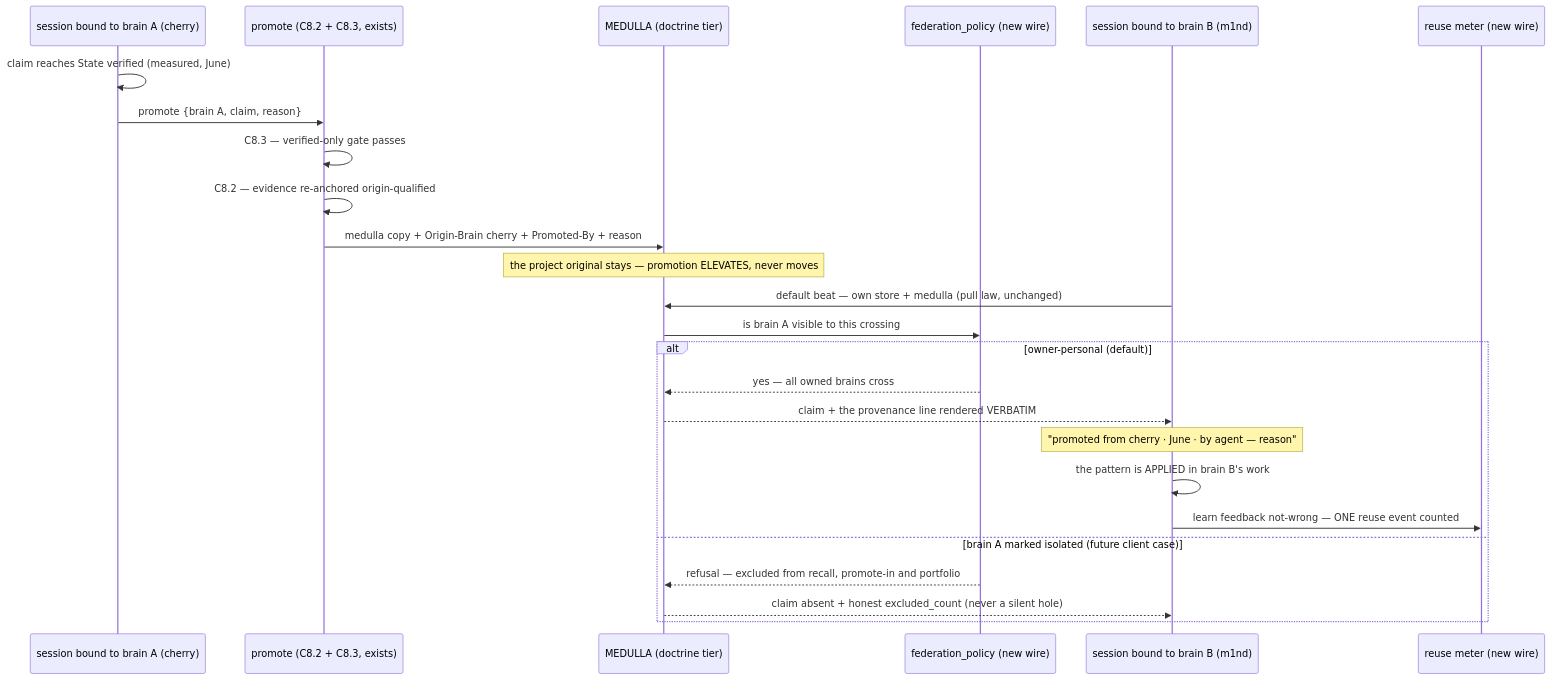
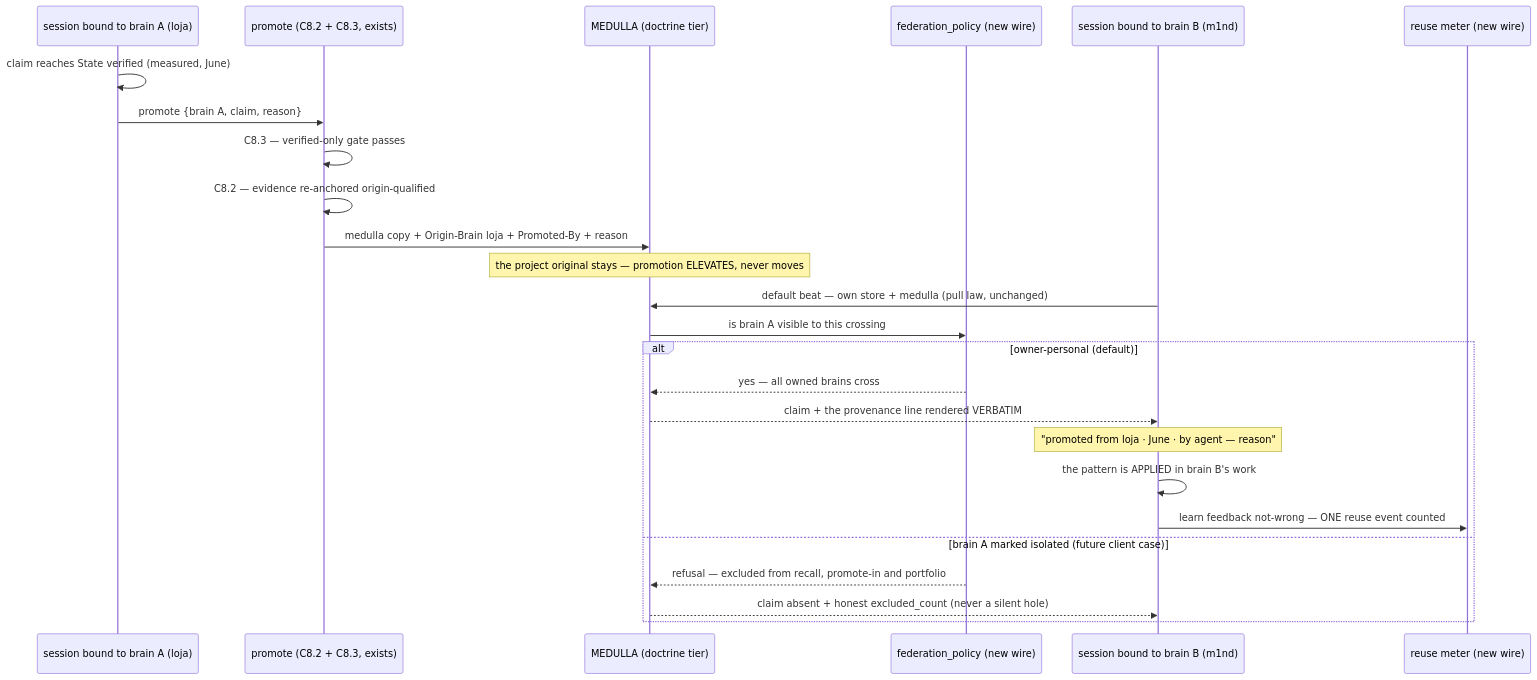
The fifth of 6 diagrams in docs/uml/organism-inside.md (maxkle1nz/m1nd), drawn with Mermaid before and after one commit. The commit also changed 1 other file, not shown here.

Commit message:
docs(organism-inside): anonymize the cross-brain examples for the public repo

````diff
--- a/docs/uml/organism-inside.md
+++ b/docs/uml/organism-inside.md
@@ -218,28 +218,28 @@
 ```mermaid
 sequenceDiagram
-    participant A as session bound to brain A (cherry)
+    participant A as session bound to brain A (loja)
     participant PR as promote (C8.2 + C8.3, exists)
     participant M as MEDULLA (doctrine tier)
     participant POL as federation_policy (new wire)
     participant B as session bound to brain B (m1nd)
     participant RM as reuse meter (new wire)
 
     A->>A: claim reaches State verified (measured, June)
     A->>PR: promote {brain A, claim, reason}
     PR->>PR: C8.3 — verified-only gate passes
     PR->>PR: C8.2 — evidence re-anchored origin-qualified
-    PR->>M: medulla copy + Origin-Brain cherry + Promoted-By + reason
+    PR->>M: medulla copy + Origin-Brain loja + Promoted-By + reason
     Note over M: the project original stays — promotion ELEVATES, never moves
     B->>M: default beat — own store + medulla (pull law, unchanged)
     M->>POL: is brain A visible to this crossing
     alt owner-personal (default)
         POL-->>M: yes — all owned brains cross
         M-->>B: claim + the provenance line rendered VERBATIM
-        Note over B: "promoted from cherry · June · by agent — reason"
+        Note over B: "promoted from loja · June · by agent — reason"
         B->>B: the pattern is APPLIED in brain B's work
         B->>RM: learn feedback not-wrong — ONE reuse event counted
     else brain A marked isolated (future client case)
         POL-->>M: refusal — excluded from recall, promote-in and portfolio
         M-->>B: claim absent + honest excluded_count (never a silent hole)
     end
 ```
````
